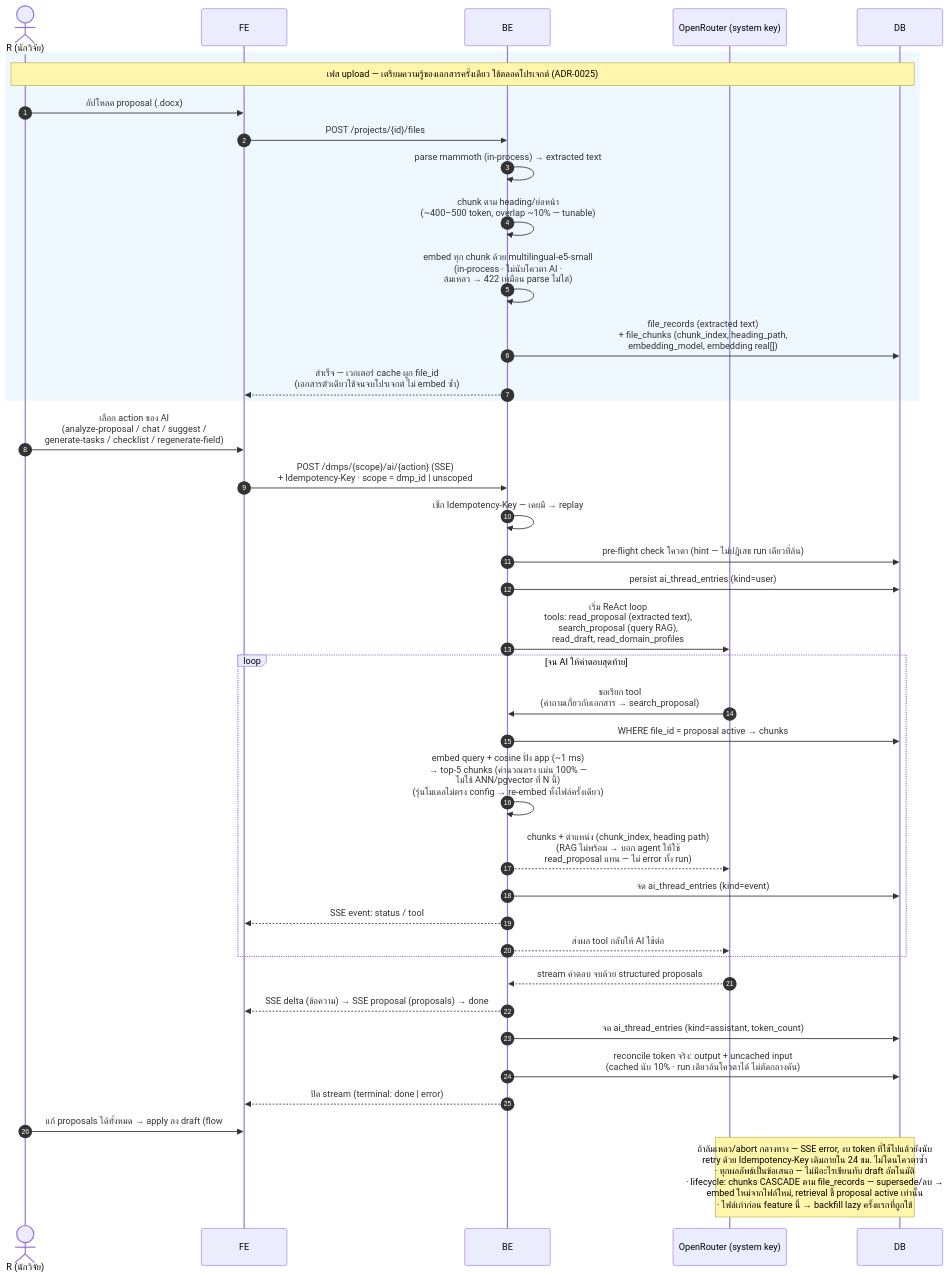
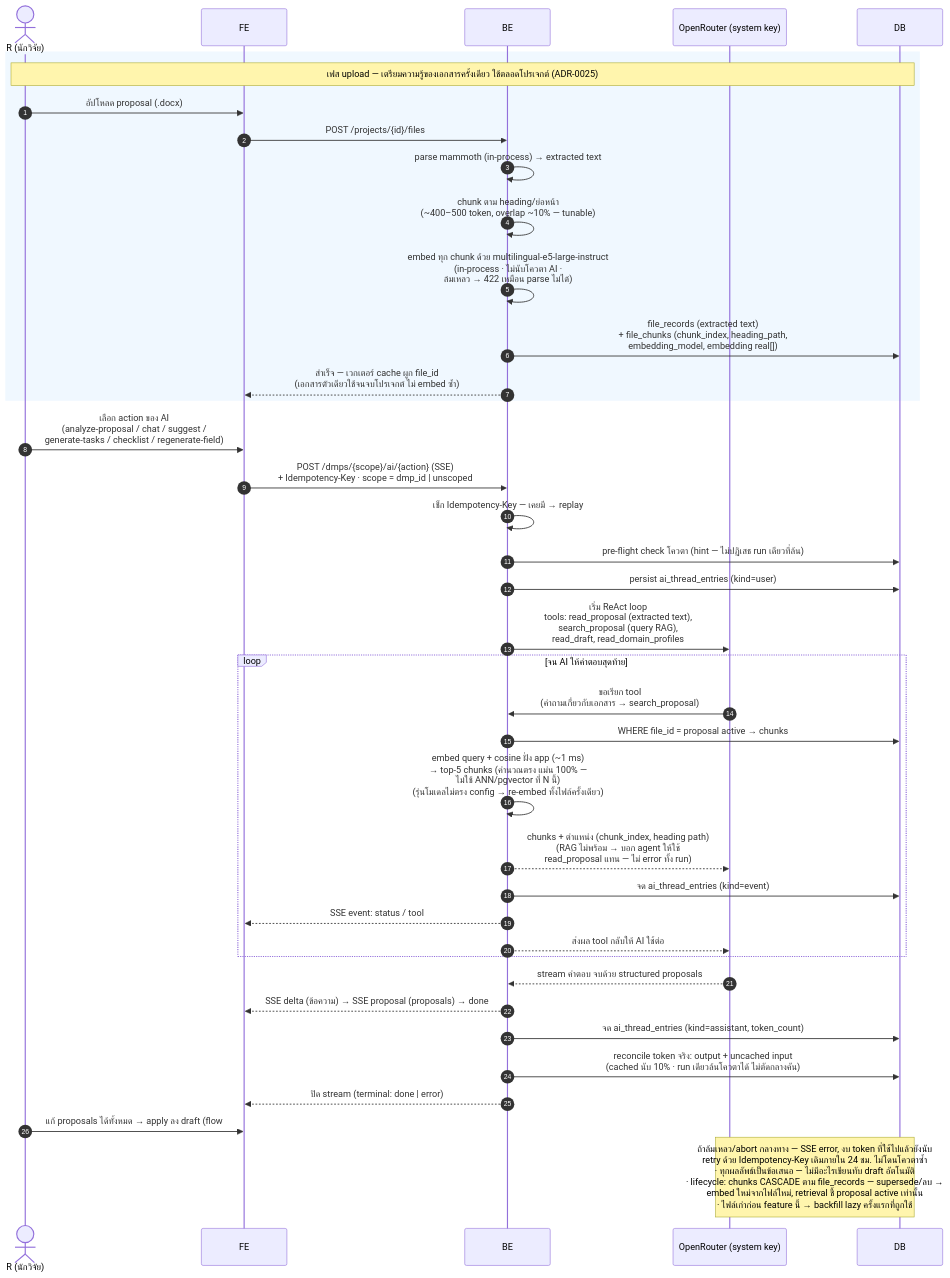
The third of 4 diagrams in docs/architecture/arc42.md (Open-Science-and-Data-management/Backend), drawn with Mermaid before and after one commit. The commit also changed other lines of this file and 24 other files, not shown here.

````diff
--- a/docs/architecture/arc42.md
+++ b/docs/architecture/arc42.md
@@ -471,43 +477,43 @@
 ```mermaid
 sequenceDiagram
     autonumber
     actor R as R (นักวิจัย)
     participant FE as FE
     participant BE as BE
     participant AI as OpenRouter (system key)
     participant DB as DB
 
     rect rgb(240, 248, 255)
     Note over R,DB: เฟส upload — เตรียมความรู้ของเอกสารครั้งเดียว ใช้ตลอดโปรเจกต์ (ADR-0025)
     R->>FE: อัปโหลด proposal (.docx)
     FE->>BE: POST /projects/{id}/files
     BE->>BE: parse mammoth (in-process) → extracted text
     BE->>BE: chunk ตาม heading/ย่อหน้า<br/>(~400–500 token, overlap ~10% — tunable)
-    BE->>BE: embed ทุก chunk ด้วย multilingual-e5-small<br/>(in-process · ไม่นับโควตา AI ·<br/>ล้มเหลว → 422 เหมือน parse ไม่ได้)
+    BE->>BE: embed ทุก chunk ด้วย multilingual-e5-large-instruct<br/>(in-process · ไม่นับโควตา AI ·<br/>ล้มเหลว → 422 เหมือน parse ไม่ได้)
     BE->>DB: file_records (extracted text)<br/>+ file_chunks (chunk_index, heading_path,<br/>embedding_model, embedding real[])
     BE-->>FE: สำเร็จ — เวกเตอร์ cache ผูก file_id<br/>(เอกสารตัวเดียวใช้จนจบโปรเจกต์ ไม่ embed ซ้ำ)
     end
 
     R->>FE: เลือก action ของ AI<br/>(analyze-proposal / chat / suggest /<br/>generate-tasks / checklist / regenerate-field)
     FE->>BE: POST /dmps/{scope}/ai/{action} (SSE)<br/>+ Idempotency-Key · scope = dmp_id | unscoped
     BE->>BE: เช็ก Idempotency-Key — เคยมี → replay
     BE->>DB: pre-flight check โควตา (hint — ไม่ปฏิเสธ run เดียวที่ล้น)
     BE->>DB: persist ai_thread_entries (kind=user)
     BE->>AI: เริ่ม ReAct loop<br/>tools: read_proposal (extracted text),<br/>search_proposal (query RAG),<br/>read_draft, read_domain_profiles
     loop จน AI ให้คำตอบสุดท้าย
         AI->>BE: ขอเรียก tool<br/>(คำถามเกี่ยวกับเอกสาร → search_proposal)
         BE->>DB: WHERE file_id = proposal active → chunks
         BE->>BE: embed query + cosine ฝั่ง app (~1 ms)<br/>→ top-5 chunks (คำนวณตรง แม่น 100% —<br/>ไม่ใช้ ANN/pgvector ที่ N นี้)<br/>(รุ่นโมเดลไม่ตรง config → re-embed ทั้งไฟล์ครั้งเดียว)
         BE-->>AI: chunks + ตำแหน่ง (chunk_index, heading path)<br/>(RAG ไม่พร้อม → บอก agent ให้ใช้<br/>read_proposal แทน — ไม่ error ทั้ง run)
         BE->>DB: จด ai_thread_entries (kind=event)
         BE-->>FE: SSE event: status / tool
         BE-->>AI: ส่งผล tool กลับให้ AI ใช้ต่อ
     end
     AI-->>BE: stream คำตอบ จบด้วย structured proposals
     BE-->>FE: SSE delta (ข้อความ) → SSE proposal (proposals) → done
     BE->>DB: จด ai_thread_entries (kind=assistant, token_count)
     BE->>DB: reconcile token จริง: output + uncached input<br/>(cached นับ 10% · run เดียวล้นโควตาได้ ไม่ตัดกลางคัน)
     BE-->>FE: ปิด stream (terminal: done | error)
     R->>FE: แก้ proposals ได้ทั้งหมด → apply ลง draft (flow #4)
     Note over AI,DB: ถ้าล้มเหลว/abort กลางทาง — SSE error, งบ token ที่ใช้ไปแล้วยังนับ<br/>retry ด้วย Idempotency-Key เดิมภายใน 24 ชม. ไม่โดนโควตาซ้ำ<br/>· ทุกผลลัพธ์เป็นข้อเสนอ — ไม่มีอะไรเขียนทับ draft อัตโนมัติ<br/>· lifecycle: chunks CASCADE ตาม file_records — supersede/ลบ →<br/>embed ใหม่จากไฟล์ใหม่, retrieval ชี้ proposal active เท่านั้น<br/>· ไฟล์เก่าก่อน feature นี้ → backfill lazy ครั้งแรกที่ถูกใช้
 ```
````
